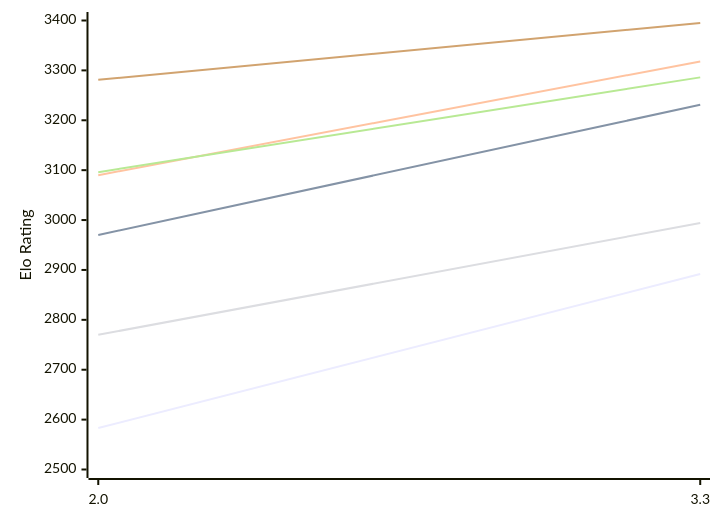
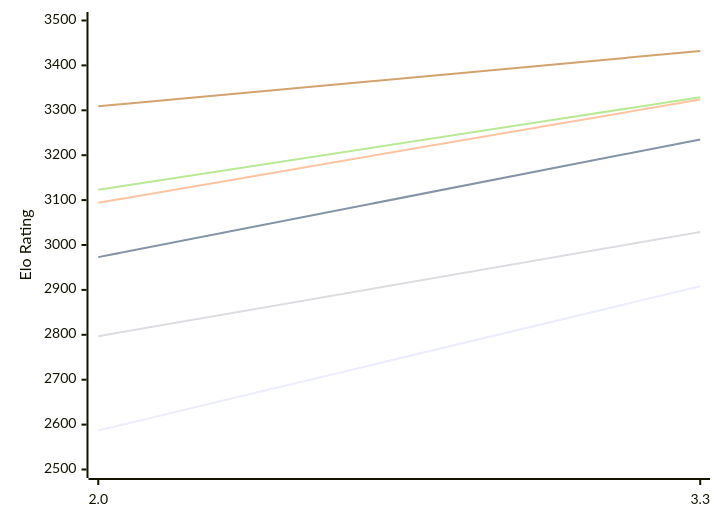
Before and after one commit to computer-chess-index/cci: the first of 2 diagrams in engines/Ceylondemon.md, drawn with Mermaid. The commit also changed other lines of this file, not shown here.

Commit message:
Update CCI Ratings (ELO VLTC) - 2026-10-21

````diff
--- a/engines/Ceylondemon.md
+++ b/engines/Ceylondemon.md
@@ -50,12 +50,12 @@
 ```mermaid
 %%{init: {"theme":"base","themeVariables":{"seriesColors:['#a3a3a3','#222221','#faa371']}}}%%
 xychart-beta
   x-axis ["2.0", "3.3"]
-  y-axis "Elo Rating" 2500 --> 3400
-  line "E1: STC (8.0+0.08s)" [2583, 2892]
-  line "E1: LTC (60.0+0.60s)" [2970, 3231]
-  line "E1: VLTC (2m24s+1.12s)" [3090, 3318]
-  line "P1: STC (8.0+0.08s)" [2770, 2994]
-  line "P1: LTC (60.0+0.60s)" [3096, 3286]
-  line "P1: VLTC (2m24s+1.12s)" [3281, 3395]
+  y-axis "Elo Rating" 2500 --> 3500
+  line "E1: STC (8.0+0.08s)" [2587, 2908]
+  line "E1: LTC (60.0+0.60s)" [2973, 3235]
+  line "E1: VLTC (2m24s+1.12s)" [3094, 3324]
+  line "P1: STC (8.0+0.08s)" [2797, 3029]
+  line "P1: LTC (60.0+0.60s)" [3123, 3329]
+  line "P1: VLTC (2m24s+1.12s)" [3309, 3432]
 ```
````
